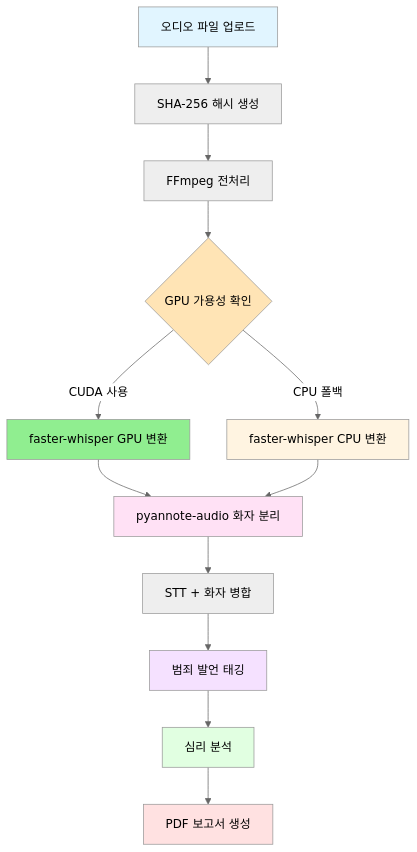
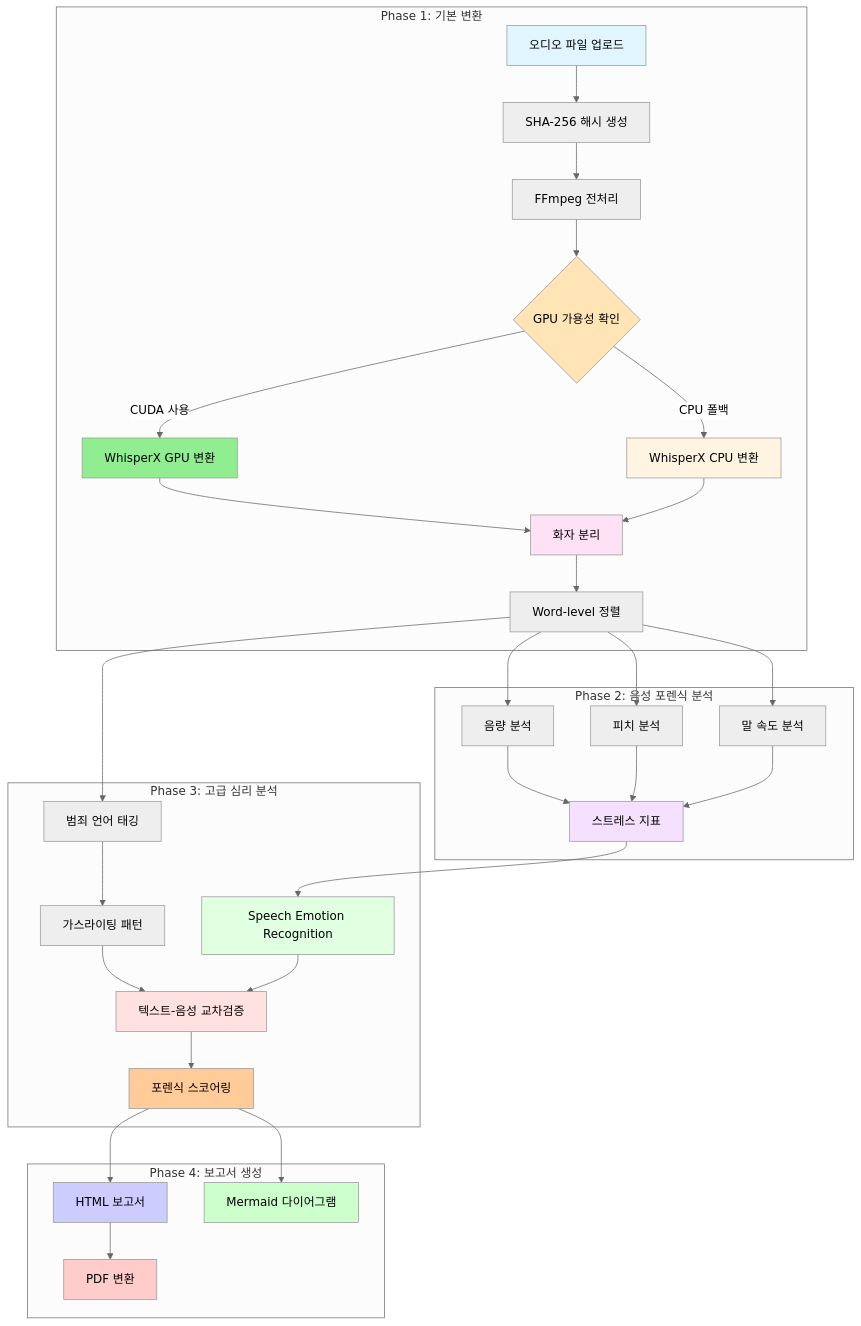
One commit to printly0821/voice.man changed the first of 9 diagrams in README.md. Above: the diagram before and after it, drawn with Mermaid (neutral theme). The commit also changed other lines of this file, not shown here.

First line of the commit message:
docs: expand README with service use cases and integration architecture

````diff
--- a/README.md
+++ b/README.md
@@ -28,23 +32,50 @@
 ```mermaid
 flowchart TD
-    Upload[오디오 파일 업로드] --> Hash[SHA-256 해시 생성]
-    Hash --> Preprocess[FFmpeg 전처리]
-    Preprocess --> GPU{GPU 가용성 확인}
-    GPU -->|CUDA 사용| STT_GPU[faster-whisper GPU 변환]
-    GPU -->|CPU 폴백| STT_CPU[faster-whisper CPU 변환]
-    STT_GPU --> Diarization[pyannote-audio 화자 분리]
-    STT_CPU --> Diarization
-    Diarization --> Merge[STT + 화자 병합]
-    Merge --> Crime[범죄 발언 태깅]
-    Crime --> Psychology[심리 분석]
-    Psychology --> Report[PDF 보고서 생성]
+    subgraph Phase1[Phase 1: 기본 변환]
+        Upload[오디오 파일 업로드] --> Hash[SHA-256 해시 생성]
+        Hash --> Preprocess[FFmpeg 전처리]
+        Preprocess --> GPU{GPU 가용성 확인}
+        GPU -->|CUDA 사용| STT_GPU[WhisperX GPU 변환]
+        GPU -->|CPU 폴백| STT_CPU[WhisperX CPU 변환]
+        STT_GPU --> Diarization[화자 분리]
+        STT_CPU --> Diarization
+        Diarization --> Align[Word-level 정렬]
+    end
+
+    subgraph Phase2[Phase 2: 음성 포렌식 분석]
+        Align --> Volume[음량 분석]
+        Align --> Pitch[피치 분석]
+        Align --> Rate[말 속도 분석]
+        Volume --> Stress[스트레스 지표]
+        Pitch --> Stress
+        Rate --> Stress
+    end
+
+    subgraph Phase3[Phase 3: 고급 심리 분석]
+        Stress --> SER[Speech Emotion Recognition]
+        Align --> CrimeTag[범죄 언어 태깅]
+        CrimeTag --> Gaslight[가스라이팅 패턴]
+        Gaslight --> CrossVal[텍스트-음성 교차검증]
+        SER --> CrossVal
+        CrossVal --> Score[포렌식 스코어링]
+    end
+
+    subgraph Phase4[Phase 4: 보고서 생성]
+        Score --> HTML[HTML 보고서]
+        HTML --> PDF[PDF 변환]
+        Score --> Diagram[Mermaid 다이어그램]
+    end
 
     style Upload fill:#e1f5ff
     style GPU fill:#ffe4b5
     style STT_GPU fill:#90EE90
     style STT_CPU fill:#fff4e1
     style Diarization fill:#ffe1f5
-    style Crime fill:#f5e1ff
-    style Psychology fill:#e1ffe1
-    style Report fill:#ffe1e1
+    style Stress fill:#f5e1ff
+    style SER fill:#e1ffe1
+    style CrossVal fill:#ffe1e1
+    style Score fill:#ffcc99
+    style HTML fill:#ccccff
+    style PDF fill:#ffcccc
+    style Diagram fill:#ccffcc
 ```
````
